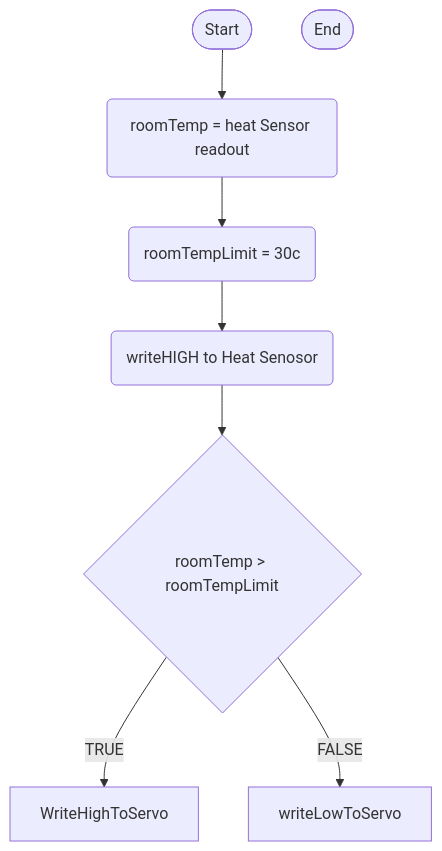
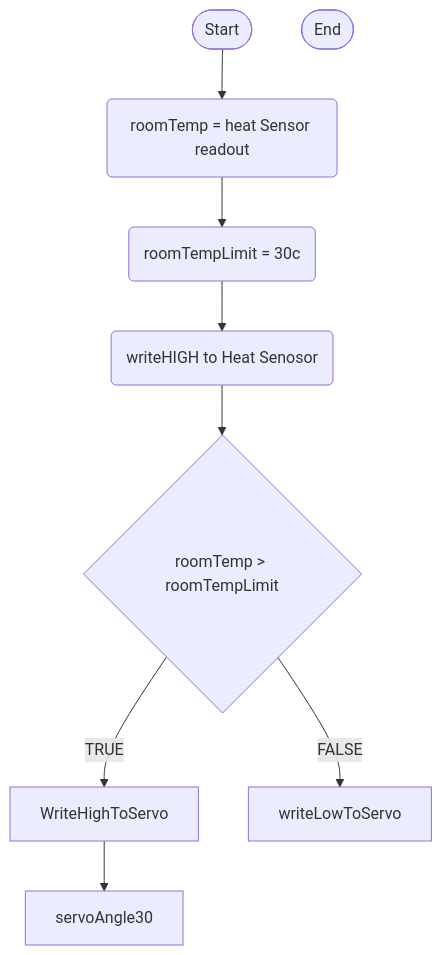
The fourth of 5 diagrams in logic.md (GodlyBlueDog/Automatic-GreenHouse-Person-Detection), drawn with Mermaid before and after one commit. The commit also changed other lines of this file, not shown here.

````diff
--- a/logic.md
+++ b/logic.md
@@ -180,22 +185,23 @@
 ```mermaid
 flowchart TD
 terminalStart([Start])
 terminalEnd([End])
 
 
 currentRoomTempReading(roomTemp = heat Sensor readout)
 roomTempLimit(roomTempLimit = 30c)
 ifTempGreaterThanLimit{roomTemp > roomTempLimit}
 activateHeatSensor(writeHIGH to Heat Senosor)
 
 terminalStart --> currentRoomTempReading
  currentRoomTempReading --> roomTempLimit
  roomTempLimit --> activateHeatSensor
  activateHeatSensor --> ifTempGreaterThanLimit
 ifTempGreaterThanLimit --> |TRUE| WriteHighToServo
 ifTempGreaterThanLimit --> |FALSE| writeLowToServo
+WriteHighToServo --> servoAngle30
 
 
 
 
 ```
````
